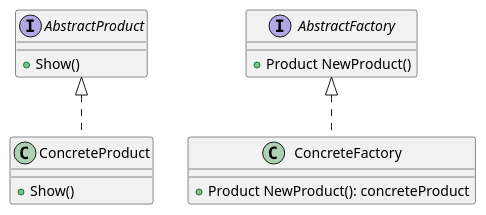
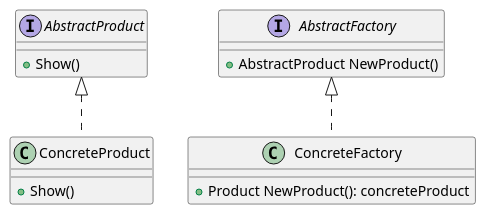
One commit to muliniao/golang-design-pattern changed the diagram in 04_factory_method/factory_method.puml. Above: the diagram before and after it, drawn with PlantUML. The commit also changed 11 other files, not shown here.

```diff
--- a/04_factory_method/factory_method.puml
+++ b/04_factory_method/factory_method.puml
@@ -1,23 +1,23 @@
 @startuml
 'https://plantuml.com/class-diagram
 
 interface AbstractProduct {
 + Show()
 }
 
 class ConcreteProduct {
 + Show()
 }
 
 interface AbstractFactory {
-+ Product NewProduct()
++ AbstractProduct NewProduct()
 }
 
 class ConcreteFactory {
 + Product NewProduct(): concreteProduct
 }
 
 AbstractProduct <|.. ConcreteProduct
 AbstractFactory <|.. ConcreteFactory
 
 @enduml
```
